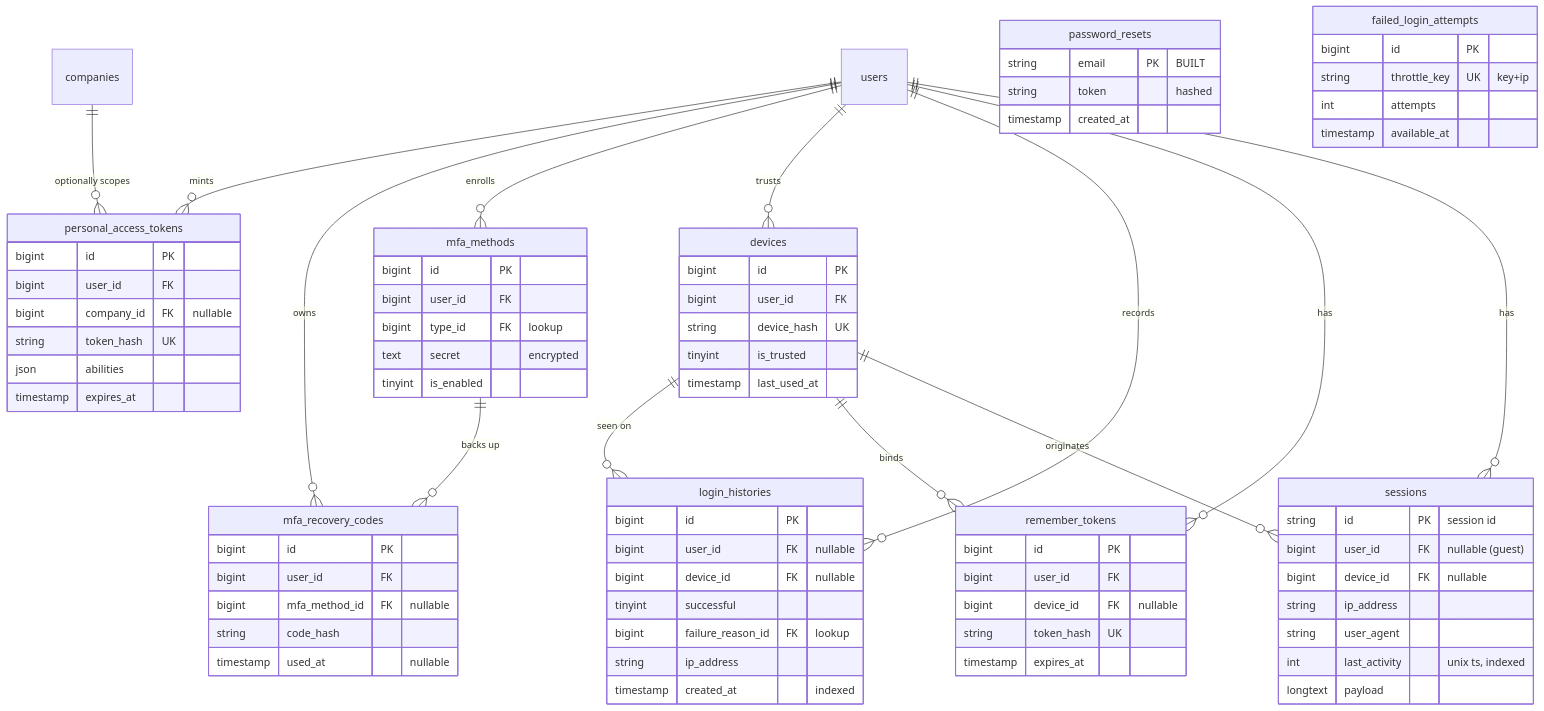
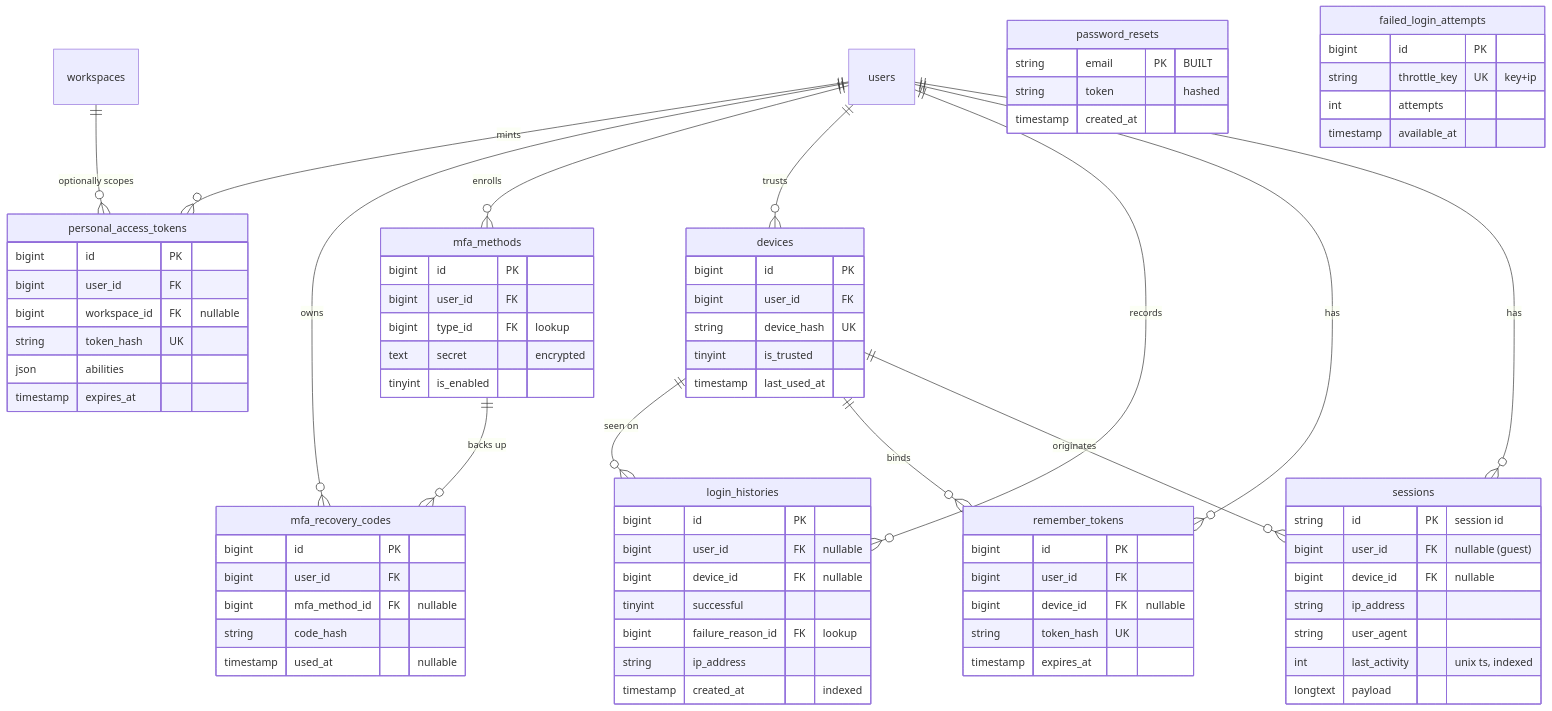
The diagram in docs/database/04-Authentication.md (ammarnabileg/crm), drawn with Mermaid before and after one commit. The commit also changed other lines of this file and 29 other files, not shown here.

```diff
--- a/docs/database/04-Authentication.md
+++ b/docs/database/04-Authentication.md
@@ -95,7 +95,7 @@
 
     mfa_methods ||--o{ mfa_recovery_codes : "backs up"
 
-    companies ||--o{ personal_access_tokens : "optionally scopes"
+    workspaces ||--o{ personal_access_tokens : "optionally scopes"
 
     password_resets {
         string email PK "BUILT"
@@ -157,7 +157,7 @@
     personal_access_tokens {
         bigint id PK
         bigint user_id FK
-        bigint company_id FK "nullable"
+        bigint workspace_id FK "nullable"
         string token_hash UK
         json abilities
         timestamp expires_at
```
